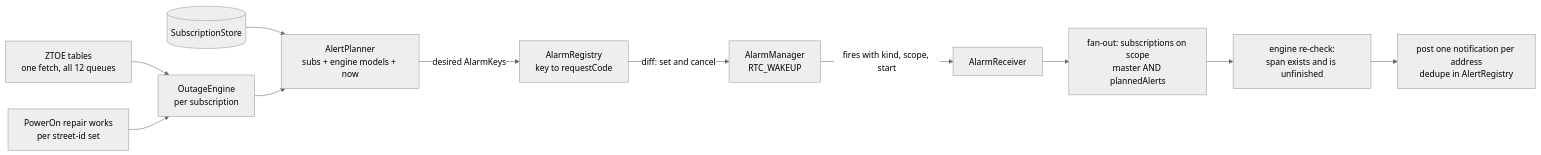
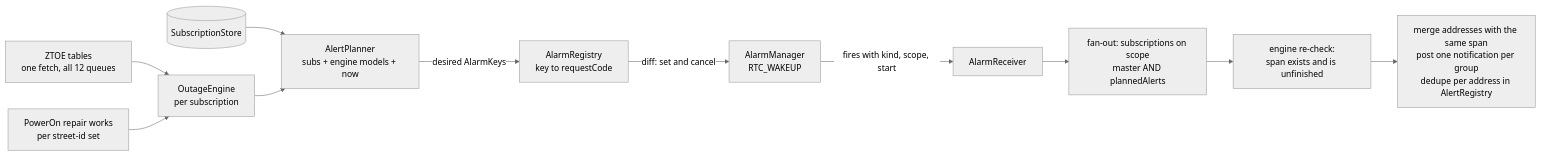
One commit to IgorZaharov/Android-ZTBlackoutPreWarning changed the first of 3 diagrams in docs/design/MULTI_ADDRESS.md. Above: the diagram before and after it, drawn with Mermaid (neutral theme). The commit also changed other lines of this file and 4 other files, not shown here.

````diff
--- a/docs/design/MULTI_ADDRESS.md
+++ b/docs/design/MULTI_ADDRESS.md
@@ -148,13 +148,13 @@
 ```mermaid
 flowchart LR
   S[("SubscriptionStore")] --> P["AlertPlanner<br/>subs + engine models + now"]
   Z["ZTOE tables<br/>one fetch, all 12 queues"] --> E["OutageEngine<br/>per subscription"]
   W["PowerOn repair works<br/>per street-id set"] --> E
   E --> P
   P -->|"desired AlarmKeys"| R["AlarmRegistry<br/>key to requestCode"]
   R -->|"diff: set and cancel"| AM["AlarmManager<br/>RTC_WAKEUP"]
   AM -->|"fires with kind, scope, start"| RX["AlarmReceiver"]
   RX --> F["fan-out: subscriptions on scope<br/>master AND plannedAlerts"]
   F --> V["engine re-check:<br/>span exists and is unfinished"]
-  V --> N["post one notification per address<br/>dedupe in AlertRegistry"]
+  V --> N["merge addresses with the same span<br/>post one notification per group<br/>dedupe per address in AlertRegistry"]
 ```
````
